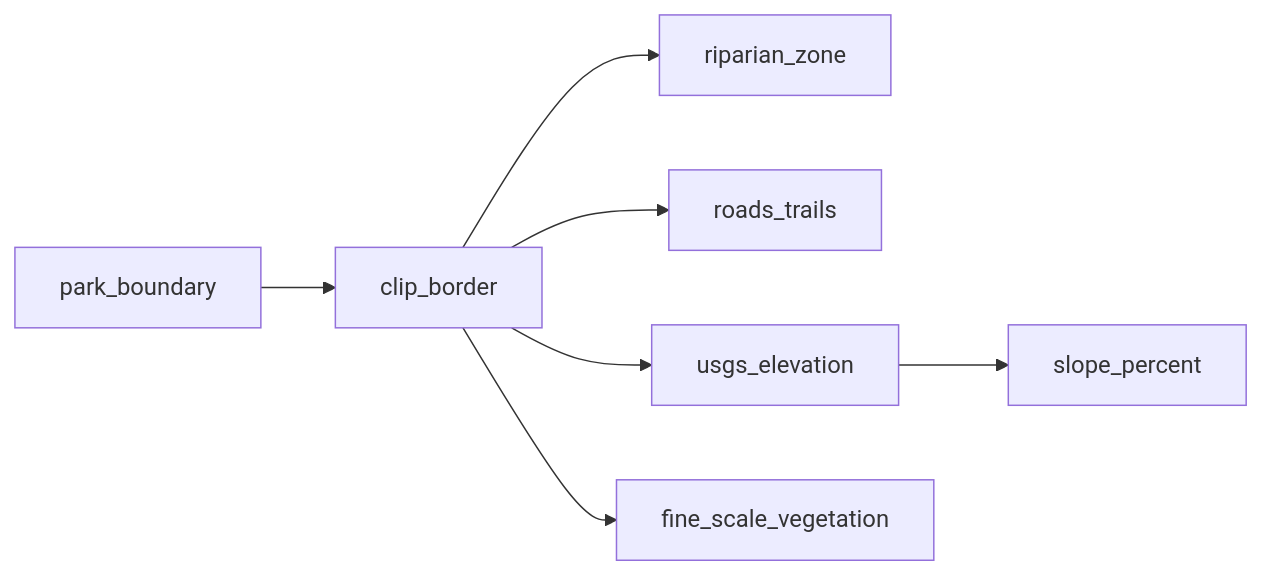
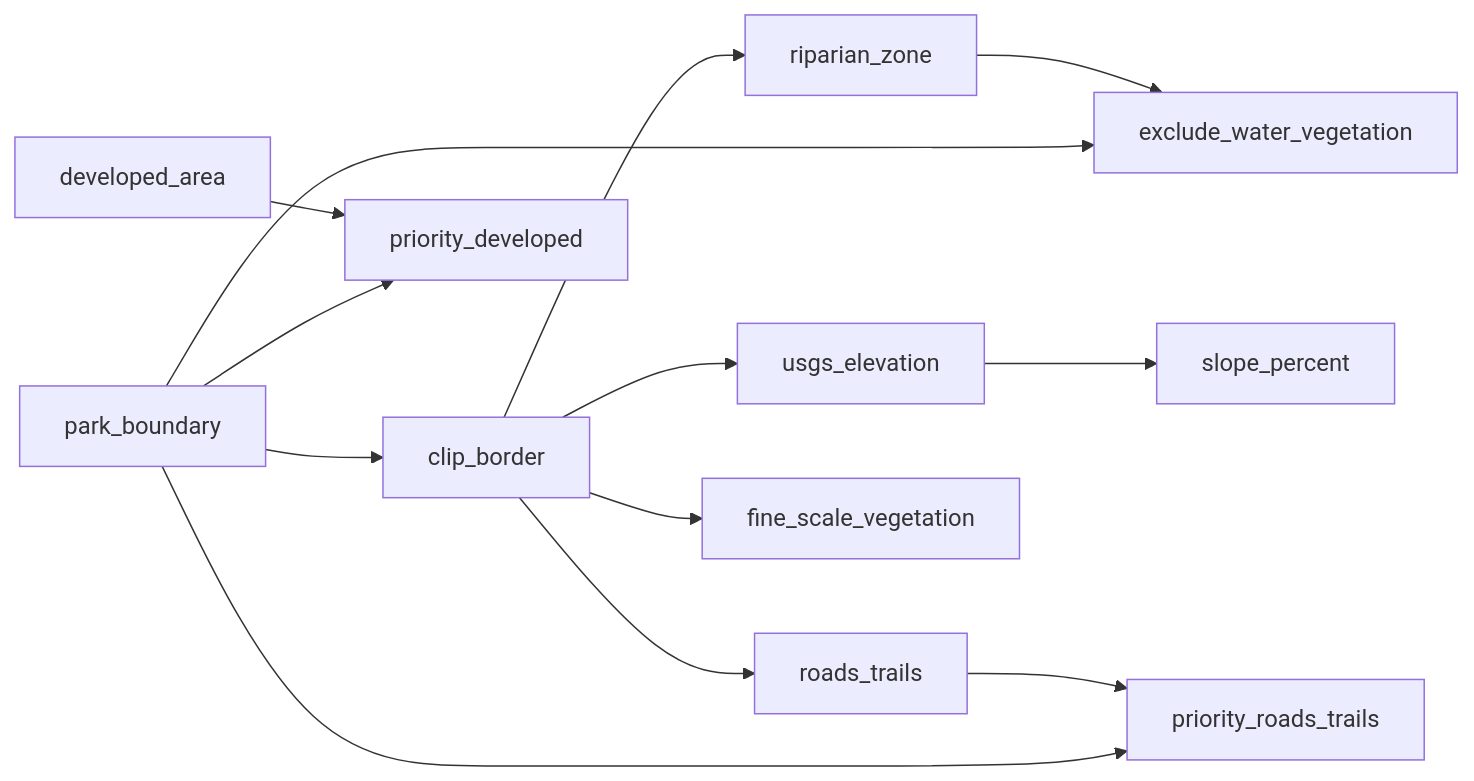
Before and after one commit to kielni/alidade: the diagram in projects/goats/README.md, drawn with Mermaid. The commit also changed other lines of this file and 5 other files, not shown here.

````diff
--- a/projects/goats/README.md
+++ b/projects/goats/README.md
@@ -64,9 +82,15 @@
 ```mermaid
 flowchart LR
     park_boundary --> clip_border
+    park_boundary --> exclude_water_vegetation
+    riparian_zone --> exclude_water_vegetation
+    park_boundary --> priority_roads_trails
+    roads_trails --> priority_roads_trails
+    park_boundary --> priority_developed
+    developed_area --> priority_developed
     clip_border --> riparian_zone
     clip_border --> roads_trails
     usgs_elevation --> slope_percent
     clip_border --> usgs_elevation
     clip_border --> fine_scale_vegetation
 ```
````
